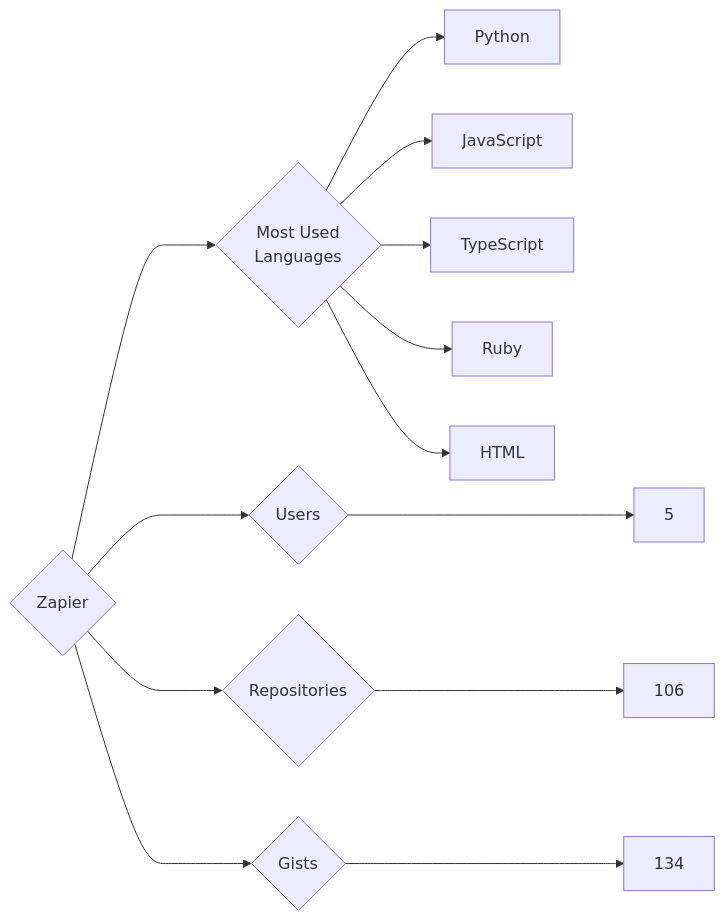
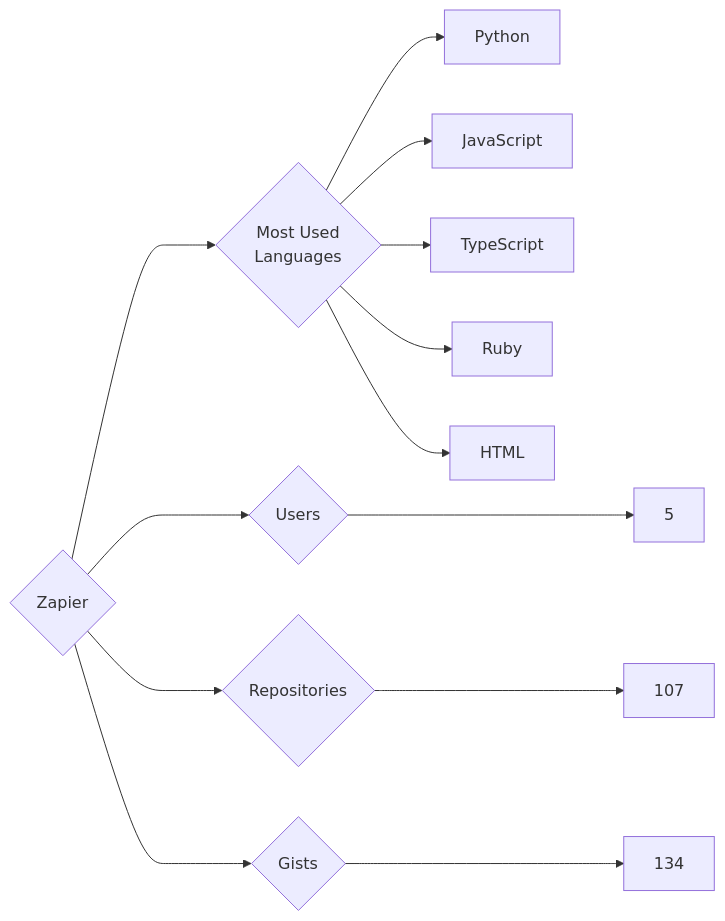
Before and after one commit to trickest/insiders: the diagram in targets/Zapier/README.md, drawn with Mermaid. The commit also changed 912 other files, not shown here.

````diff
--- a/targets/Zapier/README.md
+++ b/targets/Zapier/README.md
@@ -3,13 +3,13 @@
 ```mermaid
 graph LR
 COMPANY_NAME{Zapier}
 COMPANY_NAME ---> U{Users} ---> UN[5]
-COMPANY_NAME ---> R{Repositories} ---> RN[106]
+COMPANY_NAME ---> R{Repositories} ---> RN[107]
 COMPANY_NAME ---> G{Gists} ---> GN[134]
 COMPANY_NAME ---> ML{Most Used<br>Languages}
 ML --> Python[Python]
 ML --> JavaScript[JavaScript]
 ML --> TypeScript[TypeScript]
 ML --> Ruby[Ruby]
 ML --> HTML[HTML]
 ```
````
